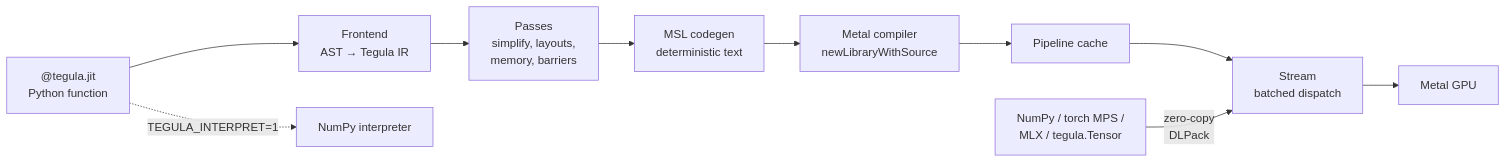
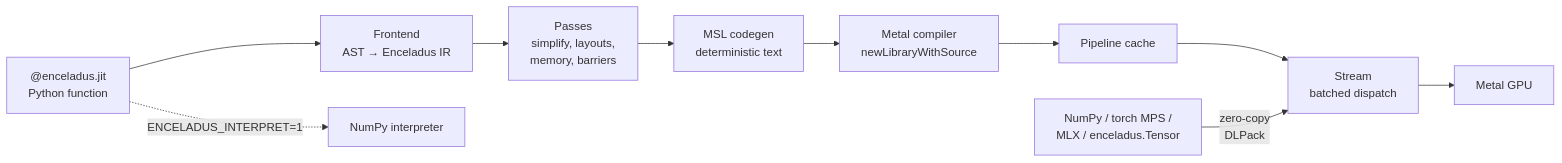
One commit to kashifulhaque/enceladus changed the diagram in PLAN.md. Above: the diagram before and after it, drawn with Mermaid. The commit also changed other lines of this file and 98 other files, not shown here.

First line of the commit message:
Rename project from Tegula to Enceladus

````diff
--- a/PLAN.md
+++ b/PLAN.md
@@ -166,12 +166,12 @@
 ```mermaid
 flowchart LR
-    A["@tegula.jit<br/>Python function"] --> B["Frontend<br/>AST → Tegula IR"]
+    A["@enceladus.jit<br/>Python function"] --> B["Frontend<br/>AST → Enceladus IR"]
     B --> C["Passes<br/>simplify, layouts,<br/>memory, barriers"]
     C --> D["MSL codegen<br/>deterministic text"]
     D --> E["Metal compiler<br/>newLibraryWithSource"]
     E --> F["Pipeline cache"]
     F --> G["Stream<br/>batched dispatch"]
-    A -.->|"TEGULA_INTERPRET=1"| H["NumPy interpreter"]
+    A -.->|"ENCELADUS_INTERPRET=1"| H["NumPy interpreter"]
     G --> I["Metal GPU"]
-    J["NumPy / torch MPS /<br/>MLX / tegula.Tensor"] -->|"zero-copy<br/>DLPack"| G
+    J["NumPy / torch MPS /<br/>MLX / enceladus.Tensor"] -->|"zero-copy<br/>DLPack"| G
 ```
````
